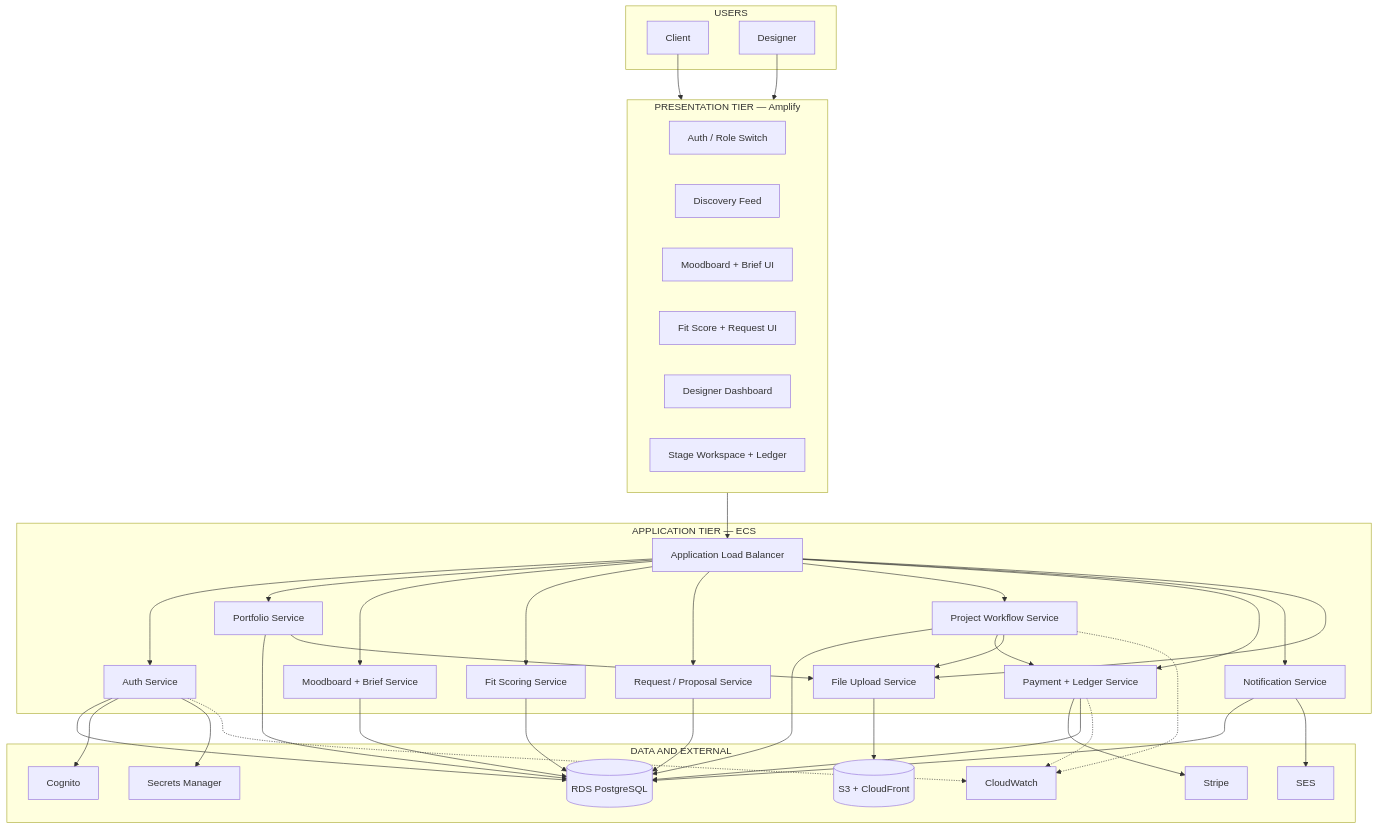
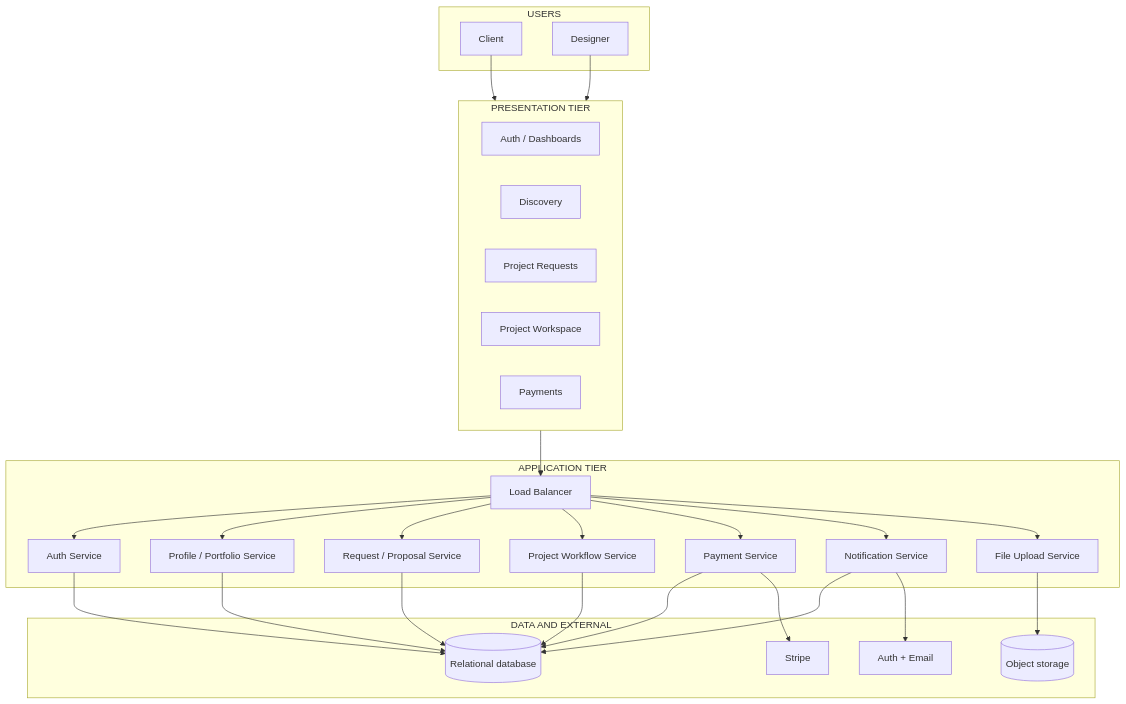
The second of 3 diagrams in docs/Proposal/diagrams/architecture-diagrams.md (MNSBaanu/Inside), drawn with Mermaid before and after one commit. The commit also changed other lines of this file and 9 other files, not shown here.

````diff
--- a/docs/Proposal/diagrams/architecture-diagrams.md
+++ b/docs/Proposal/diagrams/architecture-diagrams.md
@@ -63,50 +63,38 @@
 ```mermaid
 flowchart TB
     subgraph users ["USERS"]
         Client["Client"]
         Designer["Designer"]
     end
-    subgraph presentation ["PRESENTATION TIER — Amplify"]
-        P1["Auth / Role Switch"]
-        P2["Discovery Feed"]
-        P3["Moodboard + Brief UI"]
-        P4["Fit Score + Request UI"]
-        P5["Designer Dashboard"]
-        P6["Stage Workspace + Ledger"]
+    subgraph presentation ["PRESENTATION TIER"]
+        P1["Auth / Dashboards"]
+        P2["Discovery"]
+        P3["Project Requests"]
+        P4["Project Workspace"]
+        P5["Payments"]
     end
-    subgraph application ["APPLICATION TIER — ECS"]
-        ALB["Application Load Balancer"]
+    subgraph application ["APPLICATION TIER"]
+        ALB["Load Balancer"]
         S1["Auth Service"]
-        S2["Portfolio Service"]
-        S3["Moodboard + Brief Service"]
-        S4["Fit Scoring Service"]
-        S5["Request / Proposal Service"]
-        S6["Project Workflow Service"]
-        S7["Payment + Ledger Service"]
-        S8["Notification Service"]
-        S9["File Upload Service"]
-        ALB --> S1 & S2 & S3 & S4 & S5 & S6 & S7 & S8 & S9
+        S2["Profile / Portfolio Service"]
+        S3["Request / Proposal Service"]
+        S4["Project Workflow Service"]
+        S5["Payment Service"]
+        S6["Notification Service"]
+        S7["File Upload Service"]
+        ALB --> S1 & S2 & S3 & S4 & S5 & S6 & S7
     end
     subgraph data ["DATA AND EXTERNAL"]
-        D1[("RDS PostgreSQL")]
-        D2[("S3 + CloudFront")]
+        D1[("Relational database")]
+        D2[("Object storage")]
         D3["Stripe"]
-        D4["Cognito"]
-        D5["SES"]
-        D6["Secrets Manager"]
-        D7["CloudWatch"]
+        D4["Auth + Email"]
     end
     Client --> presentation
     Designer --> presentation
     presentation --> ALB
-    S1 --> D1 & D4 & D6
-    S2 --> D1 & S9
-    S3 --> D1
-    S4 --> D1
-    S5 --> D1
-    S6 --> D1 & S7 & S9
-    S7 --> D3 & D1
-    S8 --> D1 & D5
-    S9 --> D2
-    S1 & S6 & S7 -.-> D7
+    S1 & S2 & S3 & S4 & S5 & S6 --> D1
+    S5 --> D3
+    S6 --> D4
+    S7 --> D2
 ```
````
